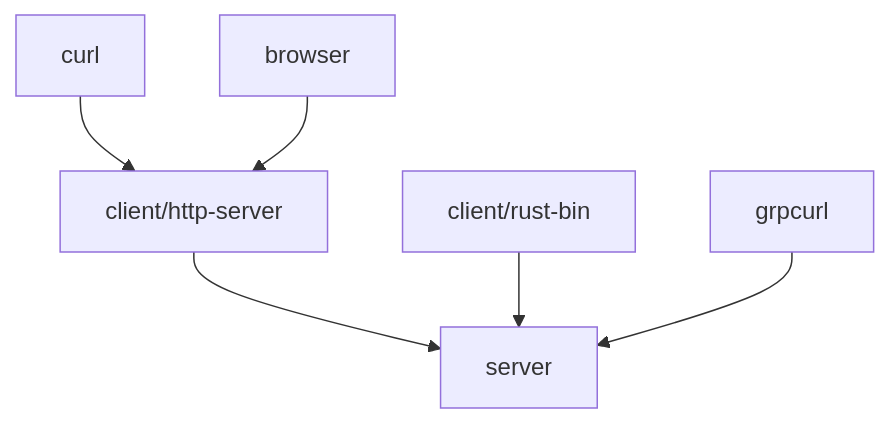
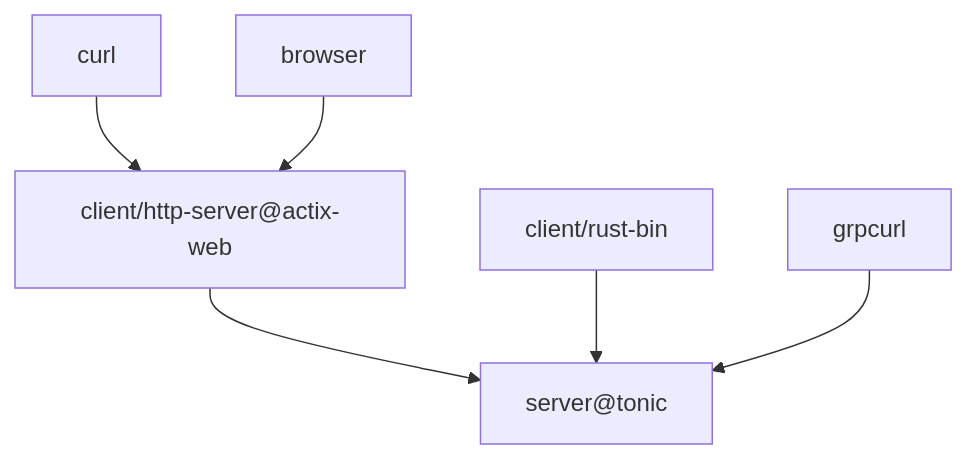
The diagram in README.md (k-tokitoh/my-first-actix-web), drawn with Mermaid before and after one commit.

````diff
--- a/README.md
+++ b/README.md
@@ -1,8 +1,8 @@
 ```mermaid
 graph TD;
-    curl-->client/http-server;
-    browser-->client/http-server;
-    client/http-server-->server;
-    client/rust-bin-->server;
-    grpcurl-->server;
+    curl-->HTTP_SERVER["client/http-server@actix-web"];
+    browser-->HTTP_SERVER;
+    HTTP_SERVER-->GRPC_SERVER["server@tonic"];
+    client/rust-bin-->GRPC_SERVER;
+    grpcurl-->GRPC_SERVER;
 ```
````
